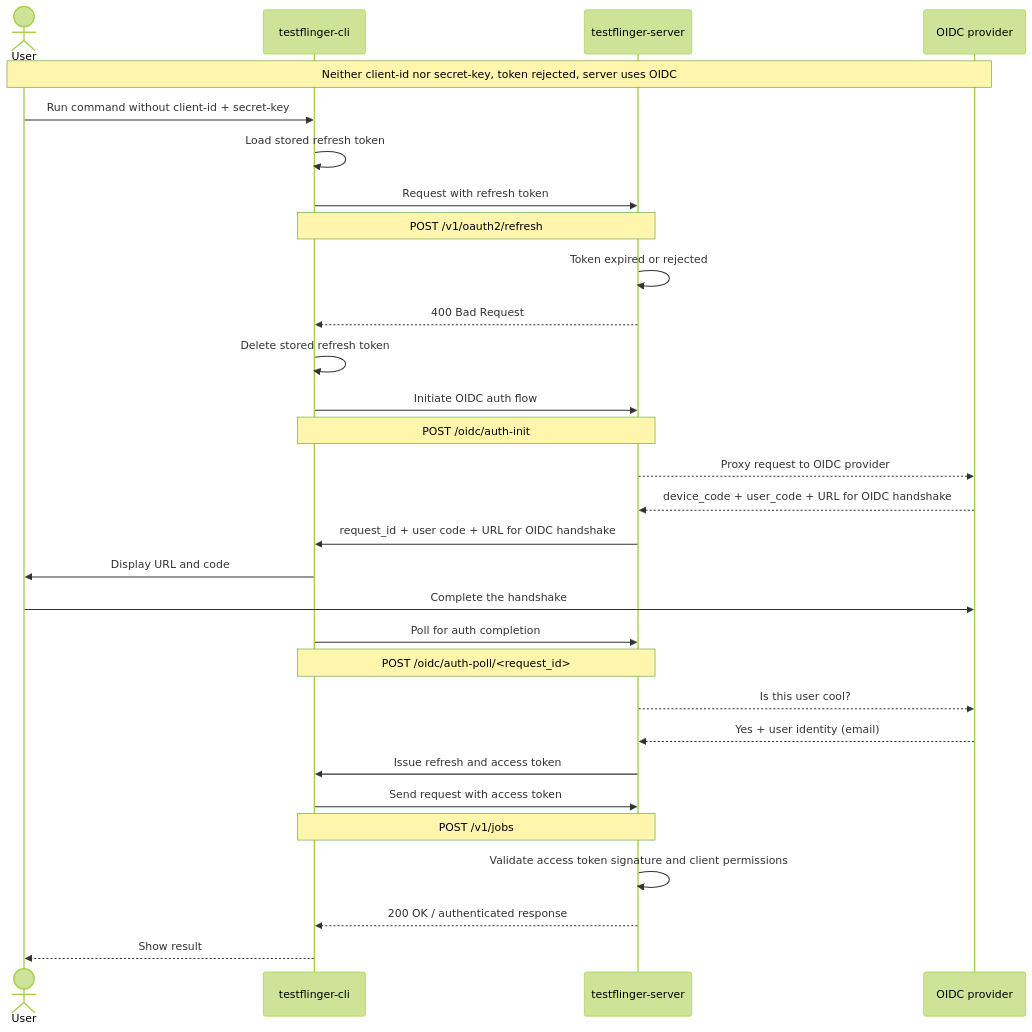
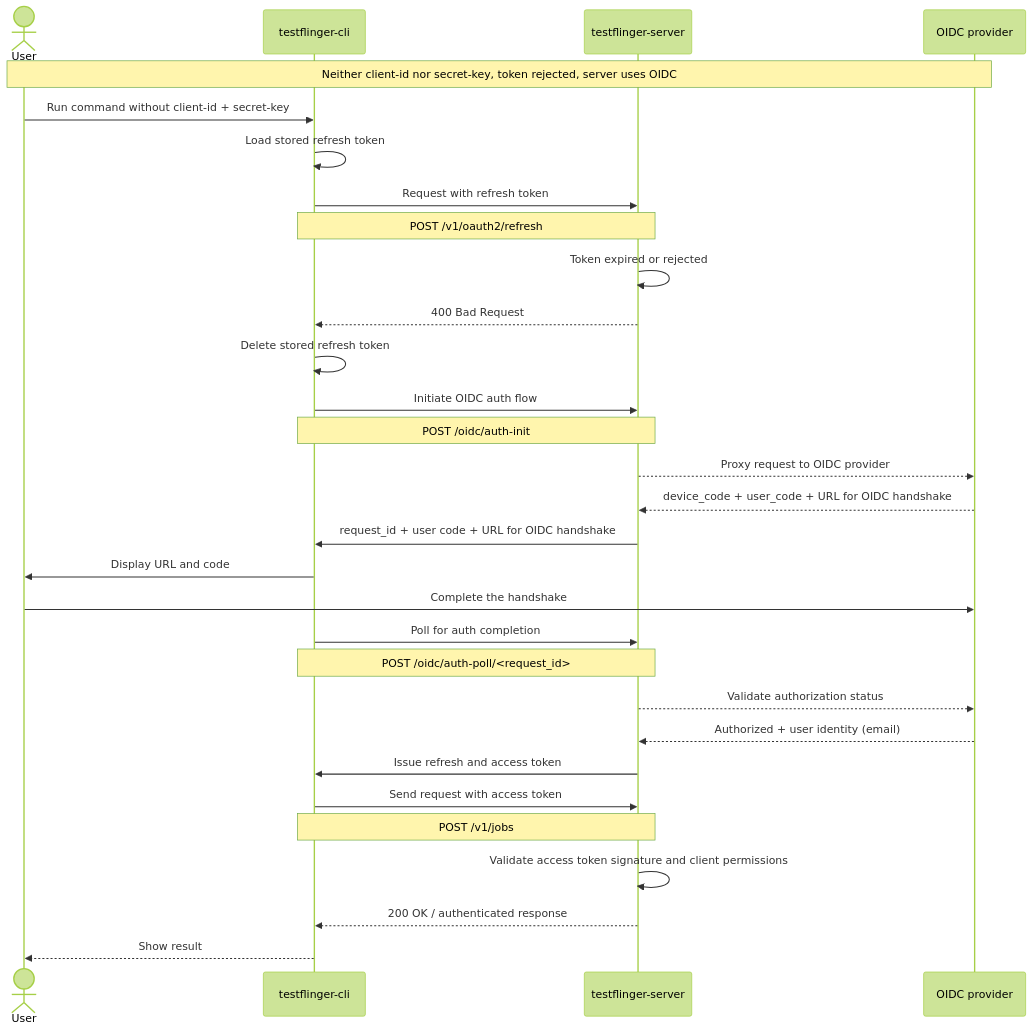
One commit to canonical/testflinger changed the sixth of 7 diagrams in docs/explanation/authentication.rst. Above: the diagram before and after it, drawn with Mermaid (forest theme). The commit also changed other lines of this file, not shown here.

Commit message:
Apply suggestions from code review

```diff
--- a/docs/explanation/authentication.rst
+++ b/docs/explanation/authentication.rst
@@ -204,36 +204,36 @@
 .. mermaid::
     :alt: Sequence diagram showing a refresh token being rejected and the server initiating OIDC process
     :caption: Sequence diagram showing a refresh token being rejected and the server initiating OIDC process
     :align: center
 
     sequenceDiagram
         actor User
         participant CLI as testflinger-cli
         participant Server as testflinger-server
         participant OIDC as OIDC provider
 
         Note over User,OIDC: Neither client-id nor secret-key, token rejected, server uses OIDC
         User->>CLI: Run command without client-id + secret-key
         CLI->>CLI: Load stored refresh token
         CLI->>Server: Request with refresh token
         Note over CLI,Server: POST /v1/oauth2/refresh
         Server->>Server: Token expired or rejected
         Server-->>CLI: 400 Bad Request
         CLI->>CLI: Delete stored refresh token
         CLI->>Server: Initiate OIDC auth flow
         Note over CLI,Server: POST /oidc/auth-init
         Server-->>OIDC: Proxy request to OIDC provider
         OIDC-->>Server: device_code + user_code + URL for OIDC handshake
         Server->>CLI: request_id + user code + URL for OIDC handshake
         CLI->>User: Display URL and code
         User->>OIDC: Complete the handshake
         CLI->>Server: Poll for auth completion
         Note over CLI,Server: POST /oidc/auth-poll/<request_id>
-        Server-->>OIDC: Is this user cool?
-        OIDC-->>Server: Yes + user identity (email)
+        Server-->>OIDC: Validate authorization status
+        OIDC-->>Server: Authorized + user identity (email)
         Server->>CLI: Issue refresh and access token
         CLI->>Server: Send request with access token
         Note over CLI,Server: POST /v1/jobs
         Server->>Server: Validate access token signature and client permissions
         Server-->>CLI: 200 OK / authenticated response
         CLI-->>User: Show result
```
